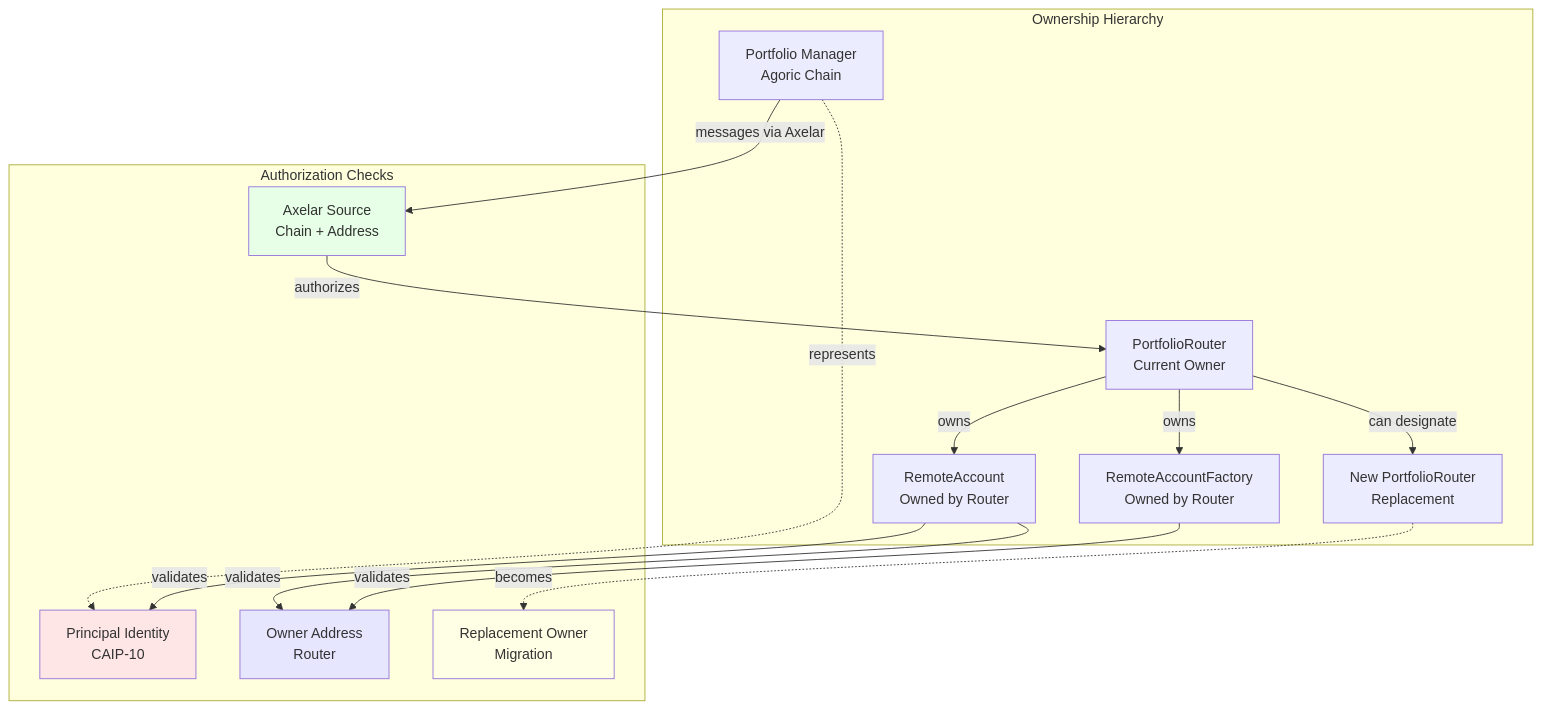
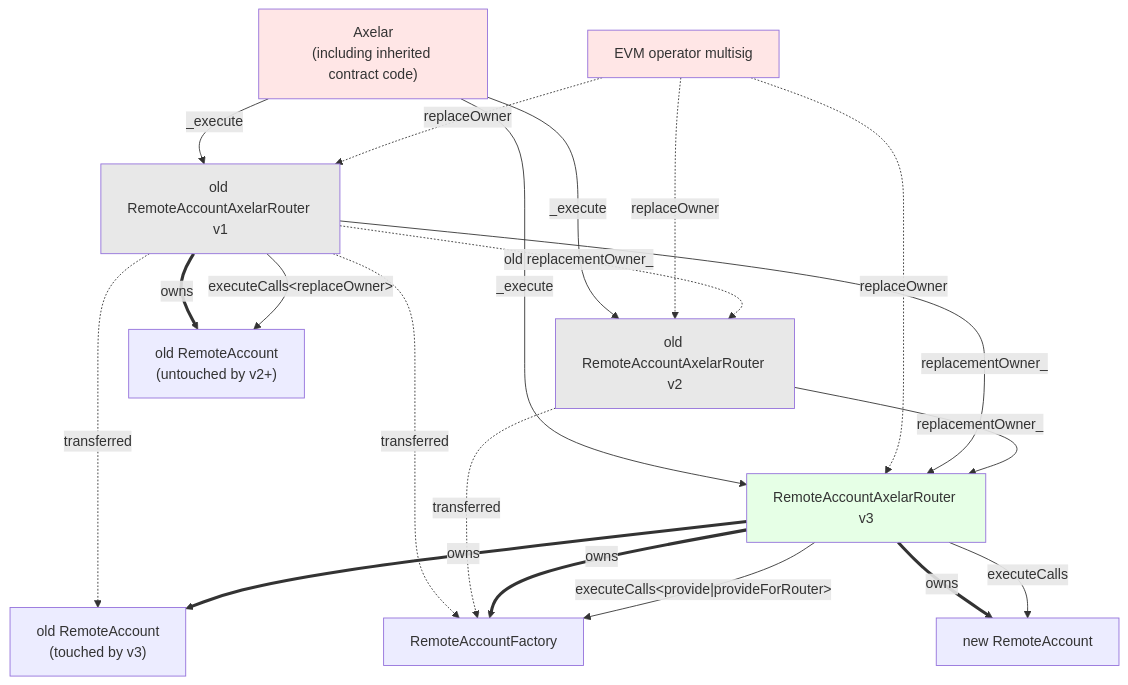
The seventh of 8 diagrams in packages/axelar-local-dev-cosmos/src/contracts/design.md (agoric-labs/agoric-to-axelar-local), drawn with Mermaid before and after one commit. The commit also changed other lines of this file, not shown here.

Commit message:
Align documents with source code

````diff
--- a/packages/axelar-local-dev-cosmos/src/contracts/design.md
+++ b/packages/axelar-local-dev-cosmos/src/contracts/design.md
@@ -290,35 +360,40 @@
 ```mermaid
 graph TB
-    subgraph "Ownership Hierarchy"
-        PM[Portfolio Manager<br/>Agoric Chain]
-        PR[PortfolioRouter<br/>Current Owner]
-        PR2[New PortfolioRouter<br/>Replacement]
-        RAF[RemoteAccountFactory<br/>Owned by Router]
-        RA[RemoteAccount<br/>Owned by Router]
-    end
+    Axelar["Axelar<br>(including inherited contract code)"]
+    EVM_OPERATOR["EVM operator multisig"]
+    ROUTER1[old RemoteAccountAxelarRouter v1]
+    ROUTER2[old RemoteAccountAxelarRouter v2]
+    ROUTERn[RemoteAccountAxelarRouter v3]
+    RAF[RemoteAccountFactory]
+    RA1["old RemoteAccount<br>(untouched by v2+)"]
+    RA2["old RemoteAccount<br>(touched by v3)"]
+    RAn[new RemoteAccount]
+
+    Axelar -->|_execute| ROUTER1
+    Axelar -->|_execute| ROUTER2
+    Axelar -->|_execute| ROUTERn
     
-    subgraph "Authorization Checks"
-        AXL_CHECK[Axelar Source<br/>Chain + Address]
-        PRIN_CHECK[Principal Identity<br/>CAIP-10]
-        OWN_CHECK[Owner Address<br/>Router]
-        REPL_CHECK[Replacement Owner<br/>Migration]
-    end
+    EVM_OPERATOR -.->|replaceOwner| ROUTER1
+    EVM_OPERATOR -.->|replaceOwner| ROUTER2
+    EVM_OPERATOR -.->|replaceOwner| ROUTERn
     
-    PM -.->|represents| PRIN_CHECK
-    PM -->|messages via Axelar| AXL_CHECK
-    AXL_CHECK -->|authorizes| PR
-    PR -->|owns| RAF
-    PR -->|owns| RA
+    ROUTER1 ==>|owns| RA1
+    ROUTER1 -->|"executeCalls&lt;replaceOwner&gt;"| RA1
+    ROUTER1 -.->|transferred| RA2
+    ROUTER1 -.->|transferred| RAF
+    ROUTER1 -.->|old replacementOwner_| ROUTER2
+    ROUTER1 -->|replacementOwner_| ROUTERn
+    ROUTER2 -.->|transferred| RAF
+    ROUTER2 -->|replacementOwner_| ROUTERn
+    ROUTERn ==>|owns| RA2
+    ROUTERn ==>|owns| RAn
+    ROUTERn -->|executeCalls| RAn
+    ROUTERn ==>|owns| RAF
+    ROUTERn -->|"executeCalls&lt;provide|provideForRouter&gt;"| RAF
     
-    PR -->|can designate| PR2
-    PR2 -.->|becomes| REPL_CHECK
-    
-    RA -->|validates| PRIN_CHECK
-    RA -->|validates| OWN_CHECK
-    RAF -->|validates| OWN_CHECK
-    
-    style PRIN_CHECK fill:#ffe6e6
-    style AXL_CHECK fill:#e6ffe6
-    style OWN_CHECK fill:#e6e6ff
-    style REPL_CHECK fill:#ffffe6
+    style Axelar fill:#ffe6e6
+    style EVM_OPERATOR fill:#ffe6e6
+    style ROUTER1 fill:#e8e8e8
+    style ROUTER2 fill:#e8e8e8
+    style ROUTERn fill:#e6ffe6
 ```
````
